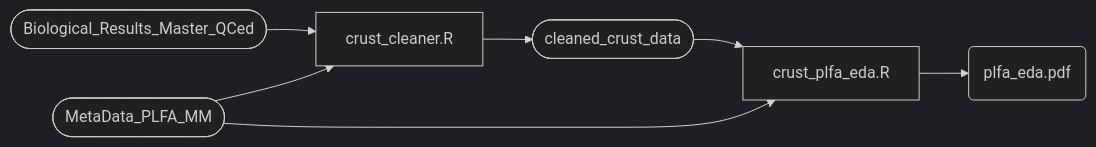
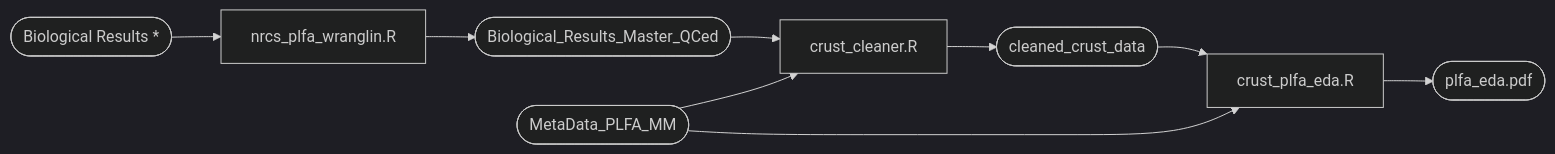
Before and after one commit to dbioinfo/nrcs: the diagram in README.md, drawn with Mermaid (dark theme).

Commit message:
mermaid chart

````diff
--- a/README.md
+++ b/README.md
@@ -5,9 +5,11 @@
 ```mermaid
 flowchart LR
     A([Biological_Results_Master_QCed]) --> B[crust_cleaner.R]
     C([MetaData_PLFA_MM]) --> B
     B --> D([cleaned_crust_data])
     D --> E[crust_plfa_eda.R]
     C --> E
-    E --> F(plfa_eda.pdf)
+    E --> F([plfa_eda.pdf])
+    G([Biological Results *]) --> H[nrcs_plfa_wranglin.R]
+    H --> A
 ```
````
